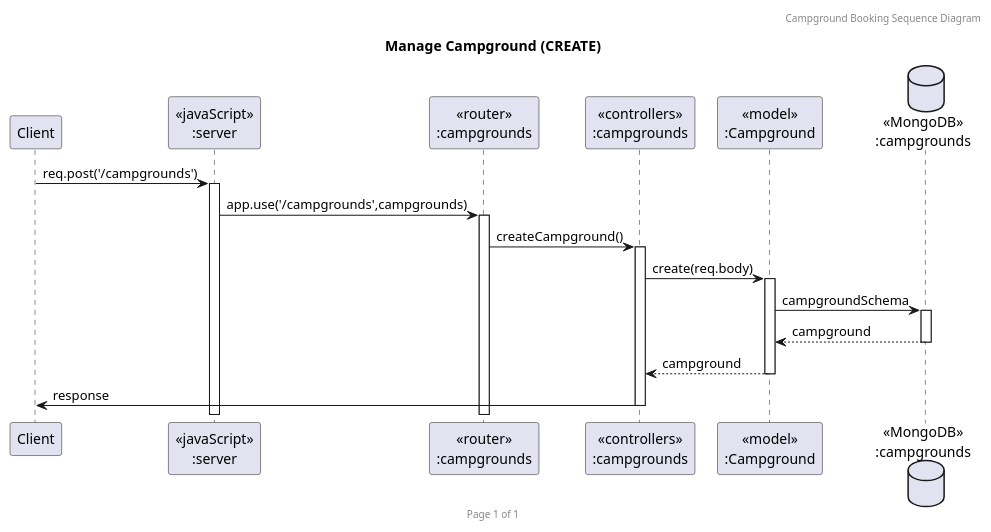
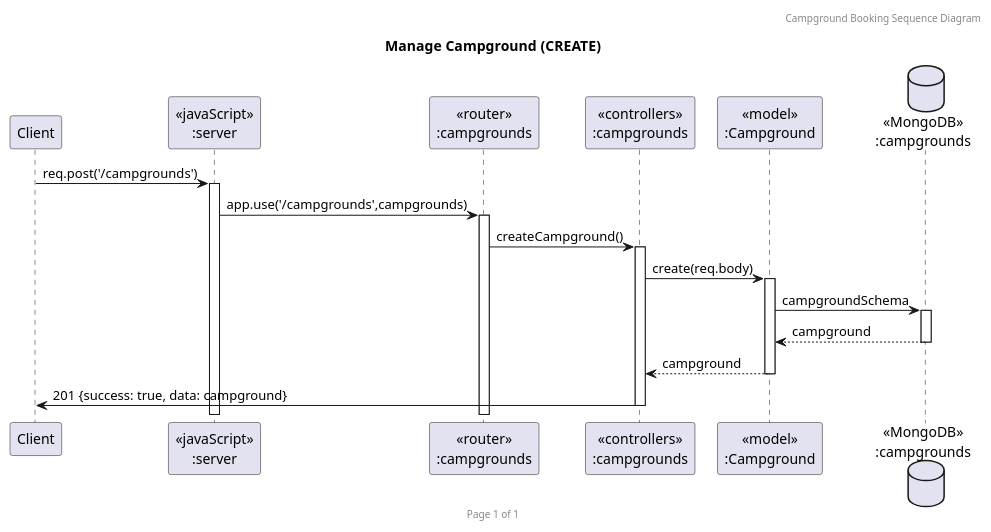
The diagram in presentation/Sequence_Diagram/Campgrounds/SequenceDiagramCREATE_Campground.puml (2110503TACEDT66/presentation-day-1-i-am-the-bone-of-my-sources), drawn with PlantUML before and after one commit. The commit also changed 9 other files, not shown here.

Commit message:
Alt response of campground sequence diagram

```diff
--- a/presentation/Sequence_Diagram/Campgrounds/SequenceDiagramCREATE_Campground.puml
+++ b/presentation/Sequence_Diagram/Campgrounds/SequenceDiagramCREATE_Campground.puml
@@ -1,23 +1,23 @@
 @startuml Manage Campground (CREATE)
 
 header Campground Booking Sequence Diagram
 footer Page %page% of %lastpage%
 title "Manage Campground (CREATE)"
 
 participant "Client" as client
 participant "<<javaScript>>\n:server" as server
 participant "<<router>>\n:campgrounds" as routerCampgrounds
 participant "<<controllers>>\n:campgrounds" as controllersCampgrounds
 participant "<<model>>\n:Campground" as modelCampground
 database "<<MongoDB>>\n:campgrounds" as CampgroundsDatabase
 
 client->server ++:req.post('/campgrounds')
 server->routerCampgrounds ++:app.use('/campgrounds',campgrounds)
 routerCampgrounds -> controllersCampgrounds ++:createCampground()
 controllersCampgrounds->modelCampground ++:create(req.body)
 modelCampground ->CampgroundsDatabase ++: campgroundSchema
 CampgroundsDatabase --> modelCampground --: campground
 controllersCampgrounds <-- modelCampground --:campground
-controllersCampgrounds->client --:response
+controllersCampgrounds->client --:201 {success: true, data: campground}
 
 @enduml
```
